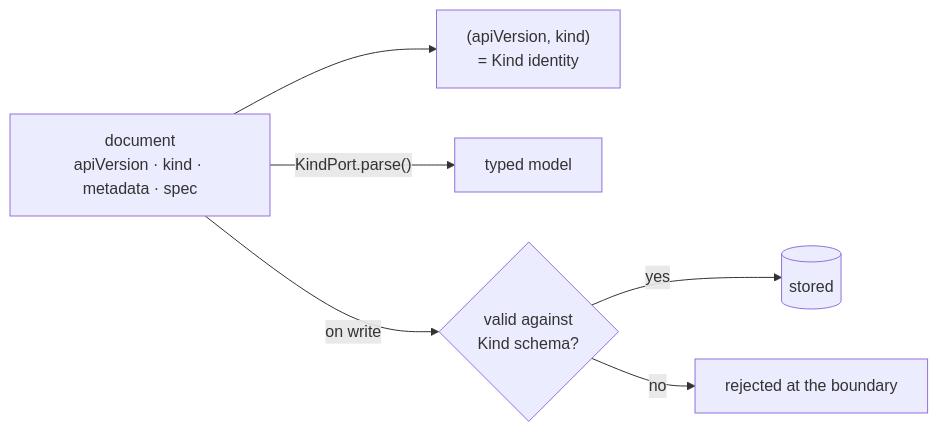
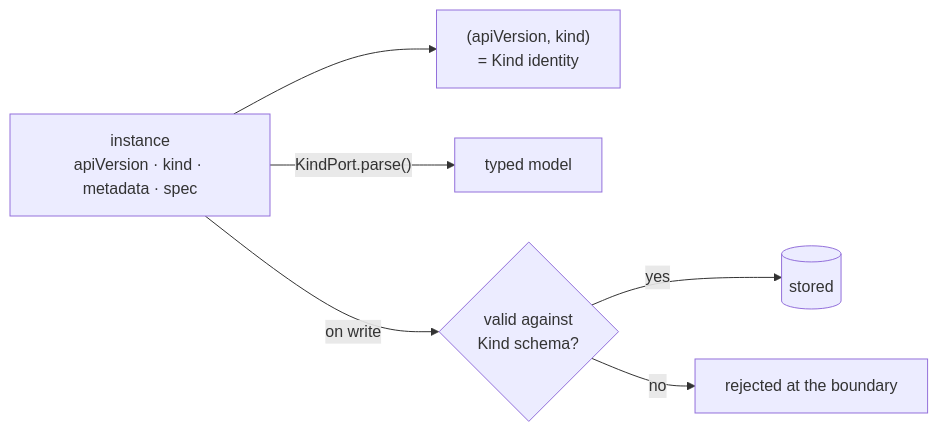
One commit to ruinosus/dna changed the first of 2 diagrams in docs/concepts/kinds.md. Above: the diagram before and after it, drawn with Mermaid. The commit also changed other lines of this file and 84 other files, not shown here.

````diff
--- a/docs/concepts/kinds.md
+++ b/docs/concepts/kinds.md
@@ -31,8 +31,8 @@
 ```mermaid
 flowchart LR
-    D["document<br/>apiVersion · kind · metadata · spec"] --> ID["(apiVersion, kind)<br/>= Kind identity"]
+    D["instance<br/>apiVersion · kind · metadata · spec"] --> ID["(apiVersion, kind)<br/>= Kind identity"]
     D -->|"KindPort.parse()"| T["typed model"]
     D -->|on write| V{"valid against<br/>Kind schema?"}
     V -->|yes| S[(stored)]
     V -->|no| R["rejected at the boundary"]
 ```
````
